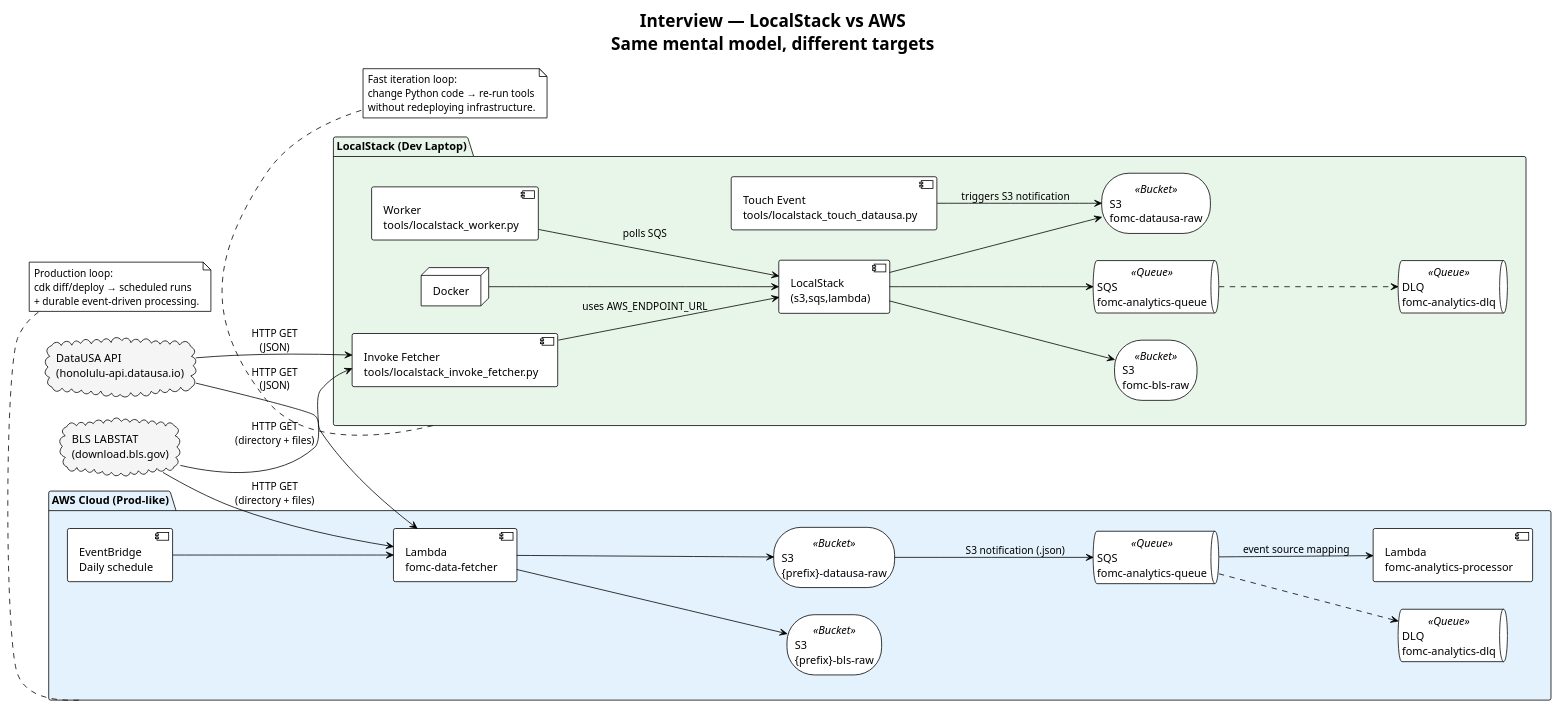
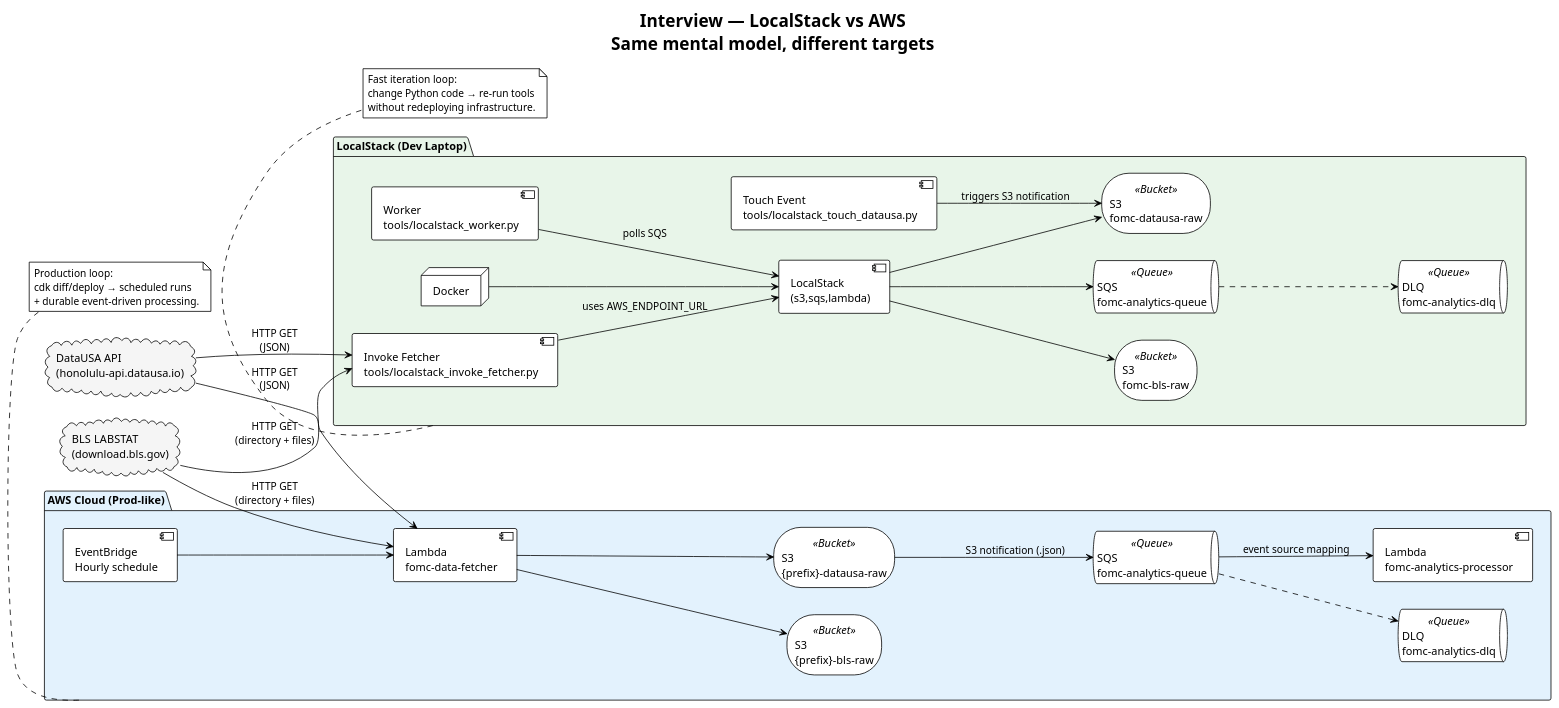
The diagram in docs/interview/interview-localstack-vs-aws.puml (TechR10n/fomc-agent), drawn with PlantUML before and after one commit. The commit also changed other lines of this file and 41 other files, not shown here.

```diff
--- a/docs/interview/interview-localstack-vs-aws.puml
+++ b/docs/interview/interview-localstack-vs-aws.puml
@@ -1,68 +1,68 @@
 @startuml interview-localstack-vs-aws
 !theme plain
 left to right direction
 title Interview — LocalStack vs AWS\nSame mental model, different targets
 
 cloud "BLS LABSTAT\n(download.bls.gov)" as BLS #F5F5F5
 cloud "DataUSA API\n(honolulu-api.datausa.io)" as DataUSA #F5F5F5
 
 package "LocalStack (Dev Laptop)" as LS #E8F5E9 {
   node "Docker" as Docker
   component "LocalStack\n(s3,sqs,lambda)" as LocalStack
 
   storage "S3\nfomc-bls-raw" as LS_BLS <<Bucket>>
   storage "S3\nfomc-datausa-raw" as LS_DataUSA <<Bucket>>
   queue "SQS\nfomc-analytics-queue" as LS_Q <<Queue>>
   queue "DLQ\nfomc-analytics-dlq" as LS_DLQ <<Queue>>
 
   component "Invoke Fetcher\ntools/localstack_invoke_fetcher.py" as LS_Invoke
   component "Worker\ntools/localstack_worker.py" as LS_Worker
   component "Touch Event\ntools/localstack_touch_datausa.py" as LS_Touch
 
   Docker --> LocalStack
   LocalStack --> LS_BLS
   LocalStack --> LS_DataUSA
   LocalStack --> LS_Q
   LS_Q -[dashed]-> LS_DLQ
 
   LS_Invoke --> LocalStack : uses AWS_ENDPOINT_URL
   LS_Worker --> LocalStack : polls SQS
   LS_Touch --> LS_DataUSA : triggers S3 notification
 }
 
 package "AWS Cloud (Prod-like)" as AWS #E3F2FD {
-  component "EventBridge\nDaily schedule" as EB
+  component "EventBridge\nHourly schedule" as EB
   component "Lambda\nfomc-data-fetcher" as Fetcher
   storage "S3\n{prefix}-bls-raw" as AWS_BLS <<Bucket>>
   storage "S3\n{prefix}-datausa-raw" as AWS_DataUSA <<Bucket>>
   queue "SQS\nfomc-analytics-queue" as AWS_Q <<Queue>>
   queue "DLQ\nfomc-analytics-dlq" as AWS_DLQ <<Queue>>
   component "Lambda\nfomc-analytics-processor" as Analytics
 
   EB --> Fetcher
   Fetcher --> AWS_BLS
   Fetcher --> AWS_DataUSA
   AWS_DataUSA --> AWS_Q : S3 notification (.json)
   AWS_Q -[dashed]-> AWS_DLQ
   AWS_Q --> Analytics : event source mapping
 }
 
 BLS --> LS_Invoke : HTTP GET\n(directory + files)
 DataUSA --> LS_Invoke : HTTP GET\n(JSON)
 
 BLS --> Fetcher : HTTP GET\n(directory + files)
 DataUSA --> Fetcher : HTTP GET\n(JSON)
 
 note bottom of LS
   Fast iteration loop:
   change Python code → re-run tools
   without redeploying infrastructure.
 end note
 
 note bottom of AWS
   Production loop:
   cdk diff/deploy → scheduled runs
   + durable event-driven processing.
 end note
 
 @enduml
```
